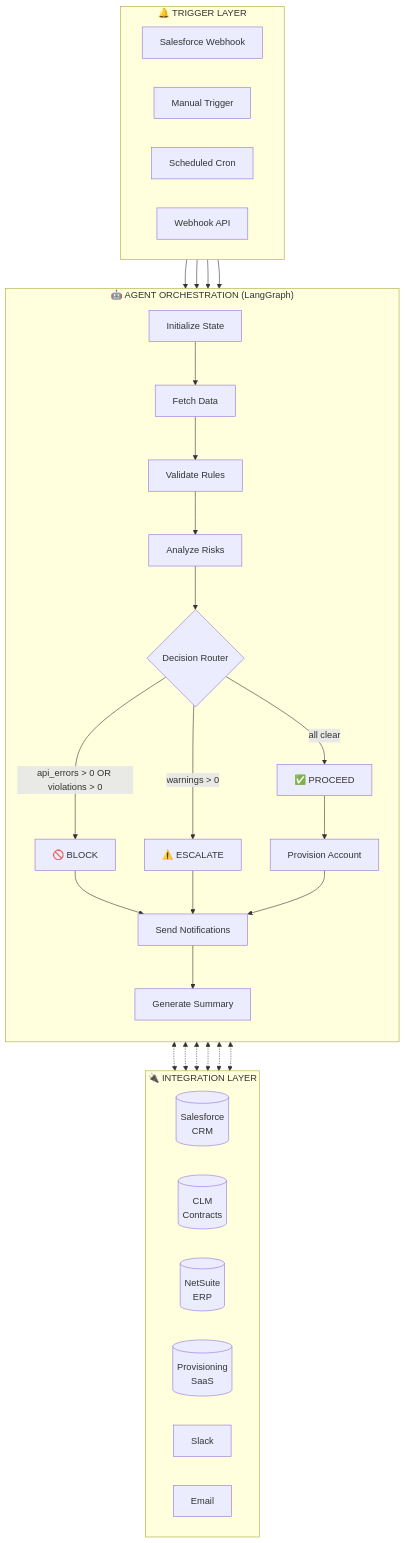
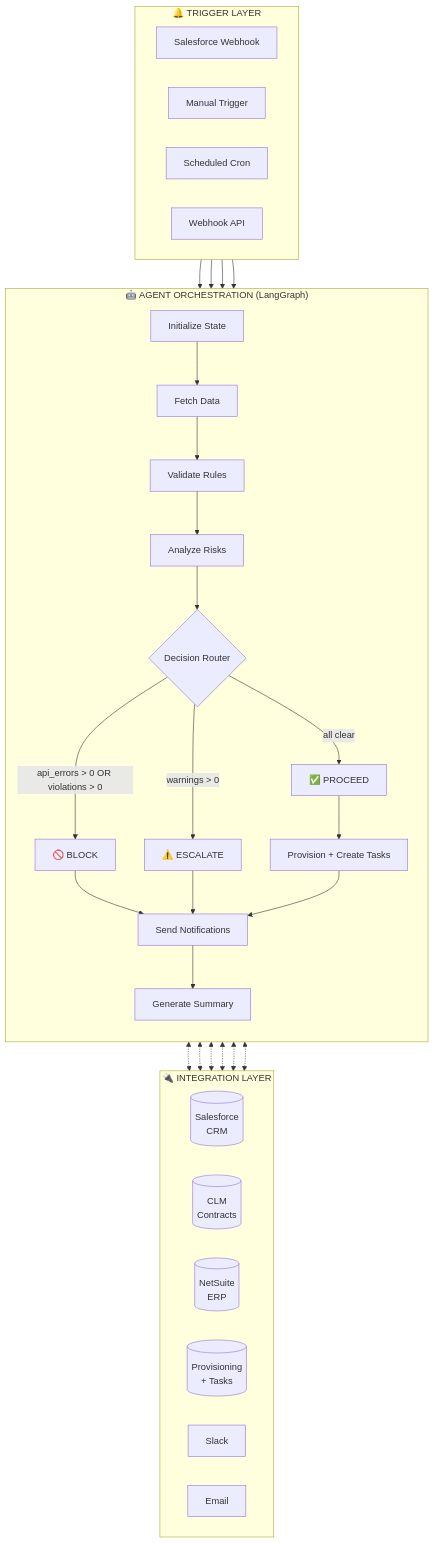
One commit to alyab16/Enterprise-Agents-Solutions-Case-Study changed the first of 17 diagrams in docs/SOLUTION_DESIGN.md. Above: the diagram before and after it, drawn with Mermaid. The commit also changed other lines of this file and 2 other files, not shown here.

````diff
--- a/docs/SOLUTION_DESIGN.md
+++ b/docs/SOLUTION_DESIGN.md
@@ -51,64 +53,64 @@
 ```mermaid
 flowchart TB
     subgraph TriggerLayer["🔔 TRIGGER LAYER"]
         direction LR
         SF_WH[Salesforce Webhook]
         MANUAL[Manual Trigger]
         CRON[Scheduled Cron]
         API_WH[Webhook API]
     end
 
     subgraph AgentOrchestration["🤖 AGENT ORCHESTRATION (LangGraph)"]
         direction TB
         INIT[Initialize State]
         FETCH[Fetch Data]
         VALIDATE[Validate Rules]
         ANALYZE[Analyze Risks]
         DECIDE{Decision Router}
         
         BLOCK[🚫 BLOCK]
         ESCALATE[⚠️ ESCALATE]
         PROCEED[✅ PROCEED]
         
         NOTIFY[Send Notifications]
-        PROVISION[Provision Account]
+        PROVISION[Provision + Create Tasks]
         SUMMARY[Generate Summary]
         
         INIT --> FETCH
         FETCH --> VALIDATE
         VALIDATE --> ANALYZE
         ANALYZE --> DECIDE
         
         DECIDE -->|api_errors > 0 OR violations > 0| BLOCK
         DECIDE -->|warnings > 0| ESCALATE
         DECIDE -->|all clear| PROCEED
         
         BLOCK --> NOTIFY
         ESCALATE --> NOTIFY
         PROCEED --> PROVISION
         PROVISION --> NOTIFY
         NOTIFY --> SUMMARY
     end
 
     subgraph IntegrationLayer["🔌 INTEGRATION LAYER"]
         direction LR
         CRM[(Salesforce<br/>CRM)]
         CLM_SYS[(CLM<br/>Contracts)]
         ERP[(NetSuite<br/>ERP)]
-        PROV[(Provisioning<br/>SaaS)]
+        PROV[(Provisioning<br/>+ Tasks)]
         SLACK_INT[Slack]
         EMAIL_INT[Email]
     end
 
     SF_WH --> INIT
     MANUAL --> INIT
     CRON --> INIT
     API_WH --> INIT
     
     FETCH <-.-> CRM
     FETCH <-.-> CLM_SYS
     FETCH <-.-> ERP
     PROVISION <-.-> PROV
     NOTIFY <-.-> SLACK_INT
     NOTIFY <-.-> EMAIL_INT
 ```
````
